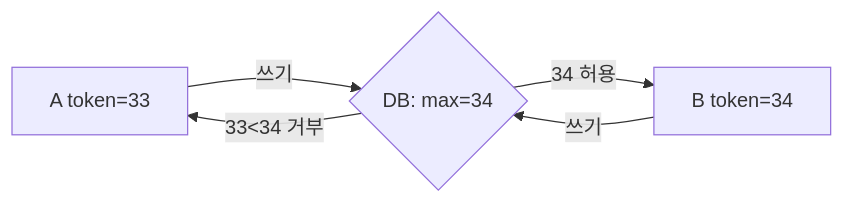
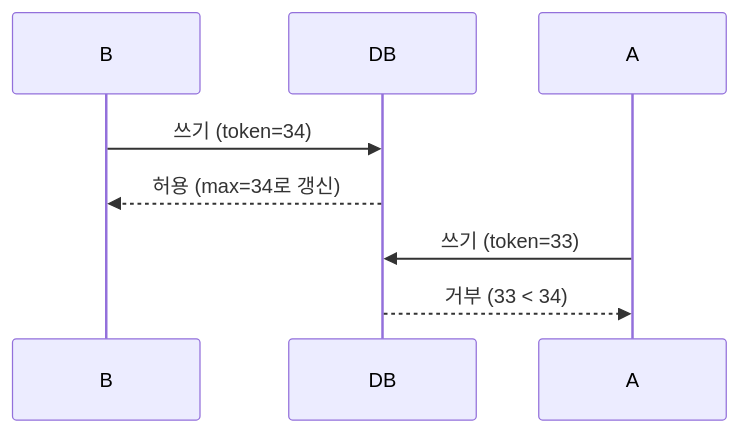
Diagram 13 of 15 in _posts/redis/2026-05-01-redis-distributed-lock.md (yjkim2015/yjkim2015.github.io), drawn with Mermaid before and after one commit. The commit also changed other lines of this file, not shown here.

First line of the commit message:
Redis 분산 락 다이어그램: 복잡한 flowchart → sequenceDiagram 전환

````diff
--- a/_posts/redis/2026-05-01-redis-distributed-lock.md
+++ b/_posts/redis/2026-05-01-redis-distributed-lock.md
@@ -987,7 +1000,7 @@
 ```mermaid
-graph LR
-    A["A token=33"] -->|쓰기| DB{"DB: max=34"}
-    B["B token=34"] -->|쓰기| DB
-    DB -->|"33<34 거부"| A
-    DB -->|"34 허용"| B
+sequenceDiagram
+    B->>DB: 쓰기 (token=34)
+    DB-->>B: 허용 (max=34로 갱신)
+    A->>DB: 쓰기 (token=33)
+    DB-->>A: 거부 (33 < 34)
 ```
````
